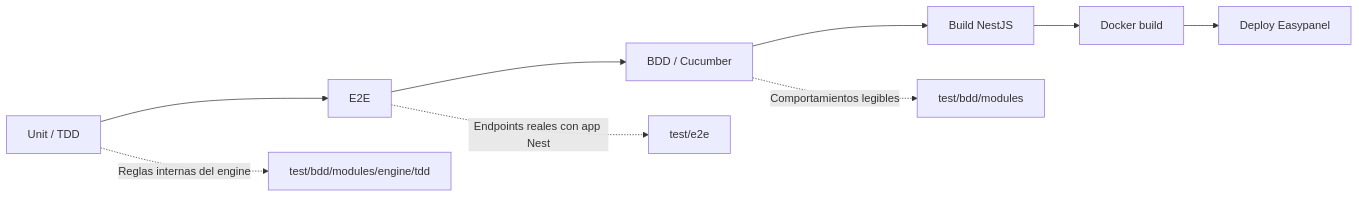
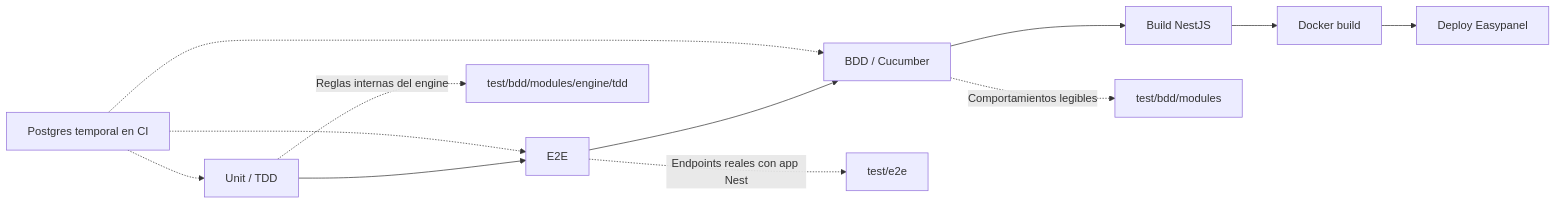
Before and after one commit to icpna-agent/engine: the second of 2 diagrams in docs/github-actions-flow.md, drawn with Mermaid. The commit also changed other lines of this file and 1 other file, not shown here.

````diff
--- a/docs/github-actions-flow.md
+++ b/docs/github-actions-flow.md
@@ -48,12 +49,15 @@
 ```mermaid
 flowchart LR
   A["Unit / TDD"] --> B["E2E"]
   B --> C["BDD / Cucumber"]
   C --> D["Build NestJS"]
   D --> E["Docker build"]
   E --> F["Deploy Easypanel"]
 
+  G["Postgres temporal en CI"] -.-> A
+  G -.-> B
+  G -.-> C
   A -.->|"Reglas internas del engine"| A1["test/bdd/modules/engine/tdd"]
   B -.->|"Endpoints reales con app Nest"| B1["test/e2e"]
   C -.->|"Comportamientos legibles"| C1["test/bdd/modules"]
 ```
````
